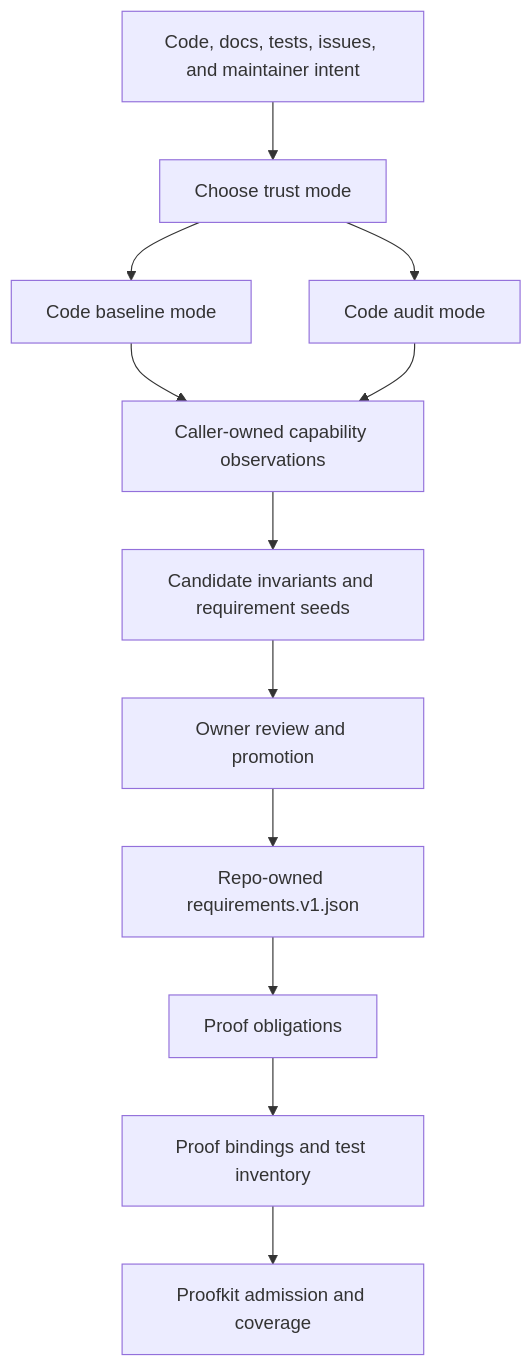
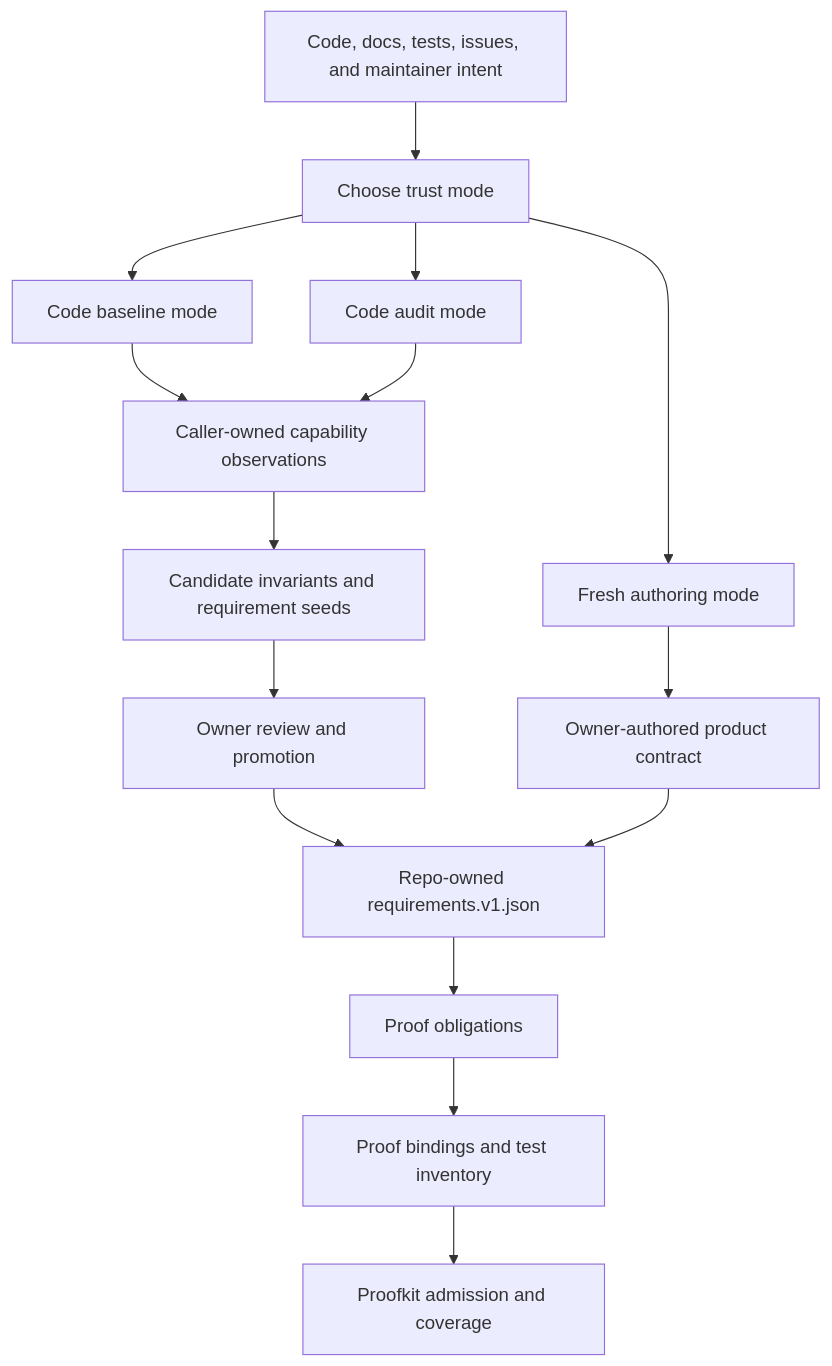
Before and after one commit to research-engineering/agentic-proofkit: the second of 2 diagrams in README.md, drawn with Mermaid. The commit also changed other lines of this file and 86 other files, not shown here.

````diff
--- a/README.md
+++ b/README.md
@@ -150,14 +150,17 @@
 ```mermaid
 flowchart TB
     Start["Code, docs, tests, issues, and maintainer intent"] --> Mode["Choose trust mode"]
+    Mode --> Fresh["Fresh authoring mode"]
     Mode --> Baseline["Code baseline mode"]
     Mode --> Audit["Code audit mode"]
+    Fresh --> Contract["Owner-authored product contract"]
     Baseline --> Observations["Caller-owned capability observations"]
     Audit --> Observations
     Observations --> Seeds["Candidate invariants and requirement seeds"]
     Seeds --> Review["Owner review and promotion"]
     Review --> Specs["Repo-owned requirements.v1.json"]
+    Contract --> Specs
     Specs --> Obligations["Proof obligations"]
     Obligations --> Evidence["Proof bindings and test inventory"]
     Evidence --> Admission["Proofkit admission and coverage"]
 ```
````
